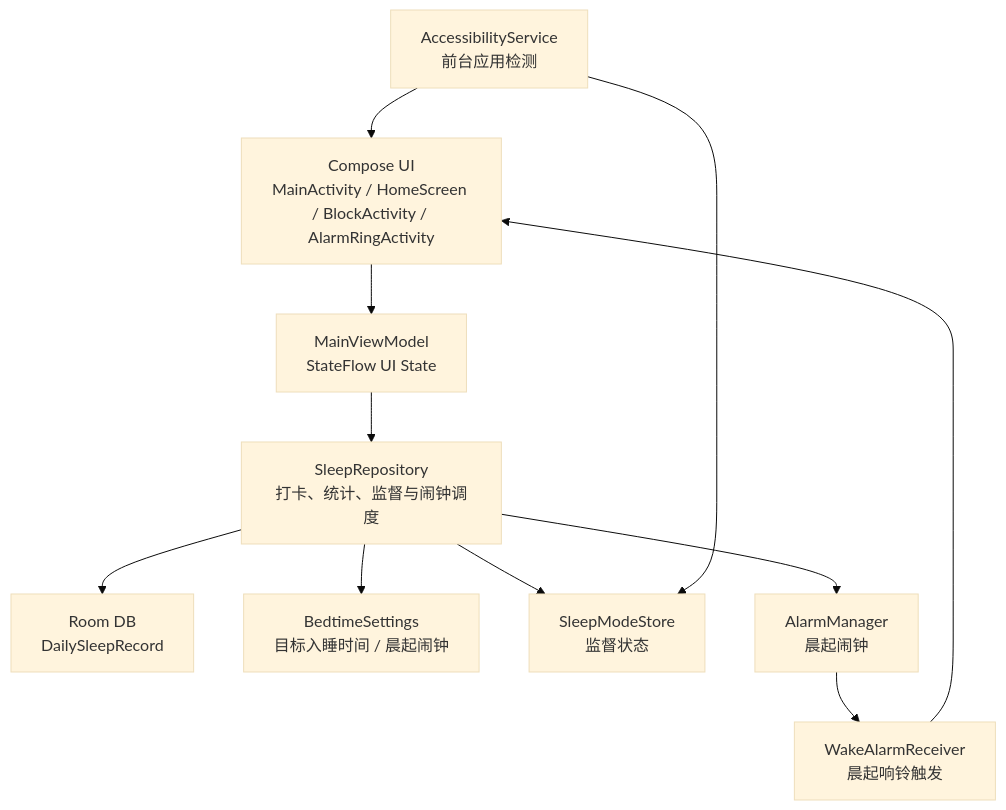
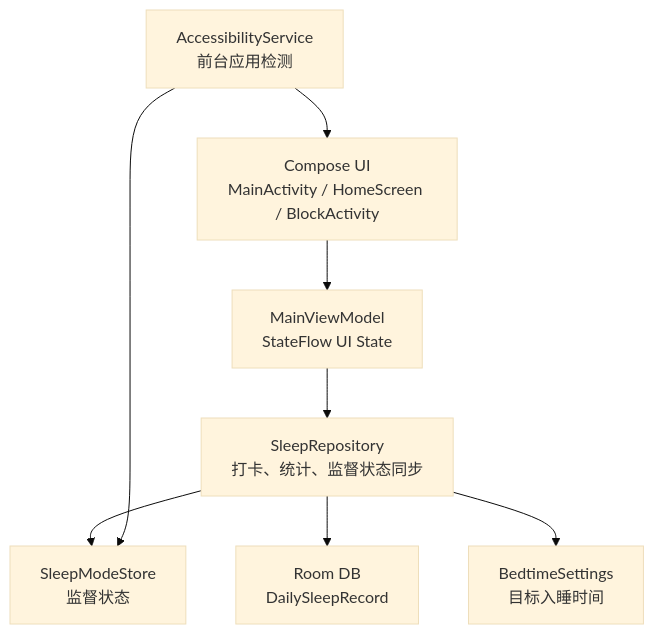
Before and after one commit to XuYui/Bedtime_Saver: the diagram in README.md, drawn with Mermaid (base theme). The commit also changed other lines of this file and 16 other files, not shown here.

Commit message:
Remove in-app wake alarm and allow system clocks

````diff
--- a/README.md
+++ b/README.md
@@ -44,23 +43,18 @@
 ```mermaid
 flowchart TD
-    UI["Compose UI\nMainActivity / HomeScreen / BlockActivity / AlarmRingActivity"]
+    UI["Compose UI\nMainActivity / HomeScreen / BlockActivity"]
     VM["MainViewModel\nStateFlow UI State"]
-    Repo["SleepRepository\n打卡、统计、监督与闹钟调度"]
+    Repo["SleepRepository\n打卡、统计、监督状态同步"]
     Room["Room DB\nDailySleepRecord"]
-    Settings["BedtimeSettings\n目标入睡时间 / 晨起闹钟"]
+    Settings["BedtimeSettings\n目标入睡时间"]
     Store["SleepModeStore\n监督状态"]
-    Alarm["AlarmManager\n晨起闹钟"]
-    Wake["WakeAlarmReceiver\n晨起响铃触发"]
     A11y["AccessibilityService\n前台应用检测"]
 
     UI --> VM
     VM --> Repo
     Repo --> Room
     Repo --> Settings
     Repo --> Store
-    Repo --> Alarm
-    Alarm --> Wake
-    Wake --> UI
     A11y --> Store
     A11y --> UI
 ```
````
